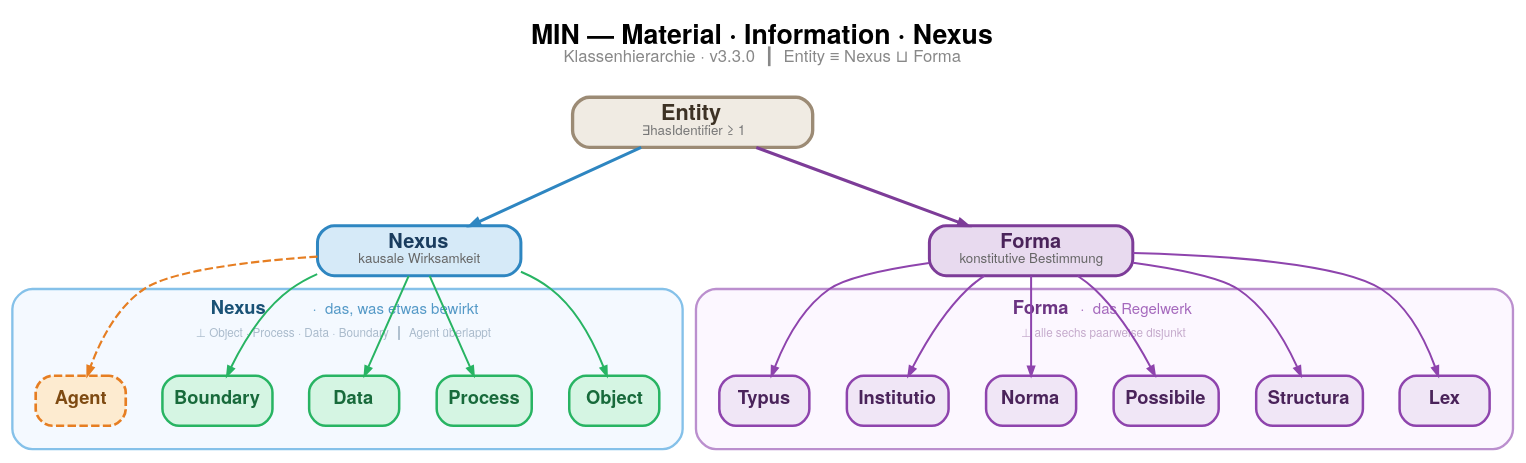
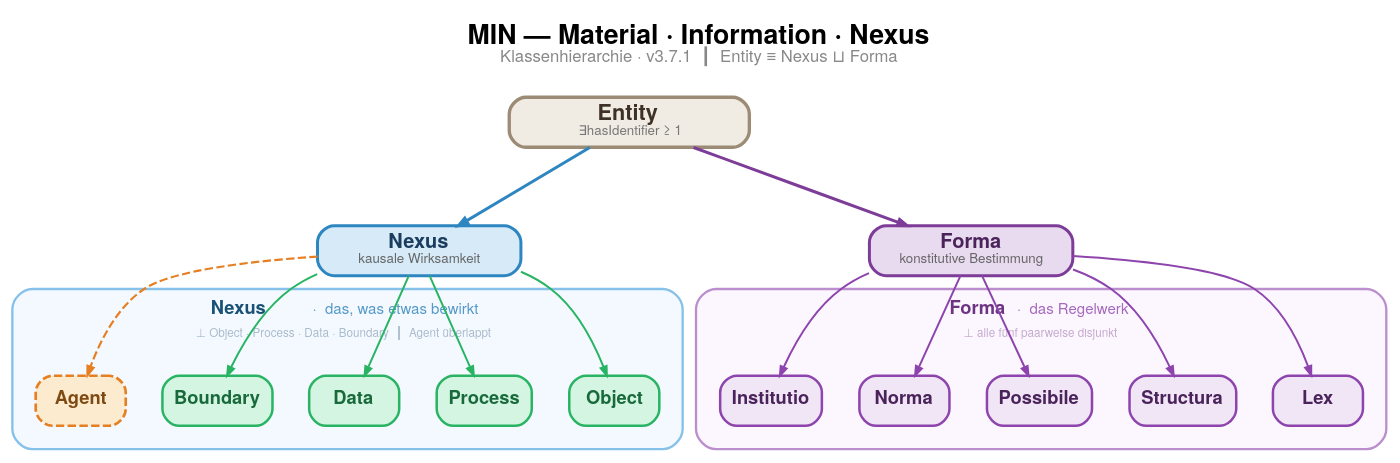
Before and after one commit to lepy/min-ontology: the diagram in docs/min_hierarchy.dot, drawn with Graphviz. The commit also changed 2 other files, not shown here.

Commit message:
Update min hierarchy diagram for v3.7.1

```diff
--- a/docs/min_hierarchy.dot
+++ b/docs/min_hierarchy.dot
@@ -1,104 +1,102 @@
 digraph MIN {
     rankdir=TB;
     bgcolor="transparent";
     pad=0.4;
     nodesep=0.3;
     ranksep=0.65;
     splines=true;
 
     graph [fontname="Helvetica Neue, Helvetica, Arial, sans-serif"];
     node  [fontname="Helvetica Neue, Helvetica, Arial, sans-serif"];
     edge  [fontname="Helvetica Neue, Helvetica, Arial, sans-serif"];
 
     node [
         shape=box, style="rounded,filled", penwidth=1.5,
         fontsize=11, height=0.42, margin="0.10,0.06"
     ];
     edge [ penwidth=1.2, arrowsize=0.55 ];
 
     // ── ENTITY ──────────────────────────────────────────────
     Entity [
         label=<<B>Entity</B><BR/><FONT POINT-SIZE="8" COLOR="#777777">∃hasIdentifier ≥ 1</FONT>>,
         fillcolor="#f0ebe3", color="#9c8b75", fontcolor="#3d3225",
         fontsize=13, penwidth=2.0, width=2.0
     ];
 
     // ── NEXUS ───────────────────────────────────────────────
     subgraph cluster_nexus {
         label=<<TABLE BORDER="0" CELLPADDING="1"><TR>
             <TD><B><FONT POINT-SIZE="11" COLOR="#1a5276">Nexus</FONT></B></TD>
             <TD><FONT POINT-SIZE="9" COLOR="#5499c7">  ·  das, was etwas bewirkt</FONT></TD>
         </TR><TR>
             <TD COLSPAN="2"><FONT POINT-SIZE="7.5" COLOR="#aabbcc">⊥ Object · Process · Data · Boundary  ┃  Agent überlappt</FONT></TD>
         </TR></TABLE>>;
         fontsize=11; fontcolor="#1a5276";
         style="rounded"; color="#85c1e9"; bgcolor="#f4f9ff";
         margin=14; penwidth=1.4;
 
         Nexus [
             label=<<B>Nexus</B><BR/><FONT POINT-SIZE="8" COLOR="#666666">kausale Wirksamkeit</FONT>>,
             fillcolor="#d6eaf8", color="#2e86c1", fontcolor="#1a3c5e",
             fontsize=12, penwidth=1.8, width=1.7
         ];
 
         Object   [ label=<<B>Object</B>>,   fillcolor="#d5f5e3", color="#28b463", fontcolor="#186a3b" ];
         Process  [ label=<<B>Process</B>>,  fillcolor="#d5f5e3", color="#28b463", fontcolor="#186a3b" ];
         Data     [ label=<<B>Data</B>>,     fillcolor="#d5f5e3", color="#28b463", fontcolor="#186a3b" ];
         Boundary [ label=<<B>Boundary</B>>, fillcolor="#d5f5e3", color="#28b463", fontcolor="#186a3b" ];
         Agent [
             label=<<B>Agent</B>>,
             fillcolor="#fdebd0", color="#e67e22", fontcolor="#7e4a12",
             style="rounded,filled,dashed", penwidth=1.6
         ];
     }
 
     // ── FORMA ───────────────────────────────────────────────
     subgraph cluster_forma {
         label=<<TABLE BORDER="0" CELLPADDING="1"><TR>
             <TD><B><FONT POINT-SIZE="11" COLOR="#6c3483">Forma</FONT></B></TD>
             <TD><FONT POINT-SIZE="9" COLOR="#a569bd">  ·  das Regelwerk</FONT></TD>
         </TR><TR>
-            <TD COLSPAN="2"><FONT POINT-SIZE="7.5" COLOR="#c5aacc">⊥ alle sechs paarweise disjunkt</FONT></TD>
+            <TD COLSPAN="2"><FONT POINT-SIZE="7.5" COLOR="#c5aacc">⊥ alle fünf paarweise disjunkt</FONT></TD>
         </TR></TABLE>>;
         fontsize=11; fontcolor="#6c3483";
         style="rounded"; color="#bb8fce"; bgcolor="#fcf7ff";
         margin=14; penwidth=1.4;
 
         Forma [
             label=<<B>Forma</B><BR/><FONT POINT-SIZE="8" COLOR="#666666">konstitutive Bestimmung</FONT>>,
             fillcolor="#e8daef", color="#7d3c98", fontcolor="#4a235a",
             fontsize=12, penwidth=1.8, width=1.7
         ];
 
         Lex        [ label=<<B>Lex</B>>,        fillcolor="#f0e6f6", color="#8e44ad", fontcolor="#4a235a" ];
         Structura  [ label=<<B>Structura</B>>,  fillcolor="#f0e6f6", color="#8e44ad", fontcolor="#4a235a" ];
         Possibile  [ label=<<B>Possibile</B>>,  fillcolor="#f0e6f6", color="#8e44ad", fontcolor="#4a235a" ];
         Norma      [ label=<<B>Norma</B>>,      fillcolor="#f0e6f6", color="#8e44ad", fontcolor="#4a235a" ];
         Institutio [ label=<<B>Institutio</B>>, fillcolor="#f0e6f6", color="#8e44ad", fontcolor="#4a235a" ];
-        Typus      [ label=<<B>Typus</B>>,      fillcolor="#f0e6f6", color="#8e44ad", fontcolor="#4a235a" ];
     }
 
     // ── Edges ───────────────────────────────────────────────
     Entity -> Nexus  [color="#2e86c1", penwidth=1.8];
     Entity -> Forma  [color="#7d3c98", penwidth=1.8];
 
     Nexus -> Object   [color="#28b463"];
     Nexus -> Process  [color="#28b463"];
     Nexus -> Data     [color="#28b463"];
     Nexus -> Boundary [color="#28b463"];
     Nexus -> Agent    [color="#e67e22", style=dashed, penwidth=1.3];
 
     Forma -> Lex        [color="#8e44ad"];
     Forma -> Structura  [color="#8e44ad"];
     Forma -> Possibile  [color="#8e44ad"];
     Forma -> Norma      [color="#8e44ad"];
     Forma -> Institutio [color="#8e44ad"];
-    Forma -> Typus      [color="#8e44ad"];
 
     // ── Rank ────────────────────────────────────────────────
     { rank=same; Nexus; Forma; }
 
     // ── Title ───────────────────────────────────────────────
     labelloc=t;
-    label=<<FONT POINT-SIZE="16"><B>MIN — Material · Information · Nexus</B></FONT><BR/><FONT POINT-SIZE="10" COLOR="#888888">Klassenhierarchie · v3.3.0  ┃  Entity ≡ Nexus ⊔ Forma</FONT><BR/> >;
+    label=<<FONT POINT-SIZE="16"><B>MIN — Material · Information · Nexus</B></FONT><BR/><FONT POINT-SIZE="10" COLOR="#888888">Klassenhierarchie · v3.7.1  ┃  Entity ≡ Nexus ⊔ Forma</FONT><BR/> >;
 }
```
